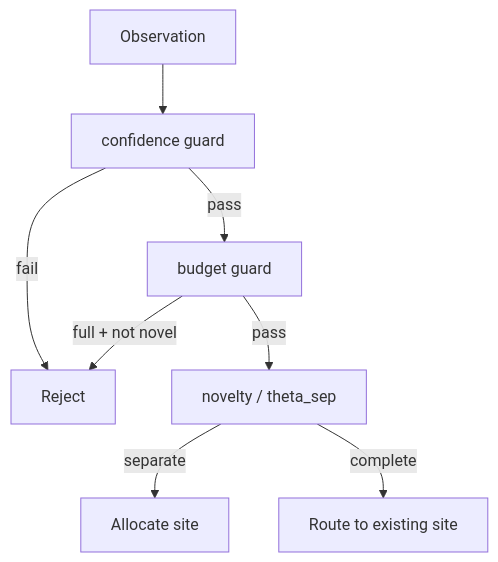
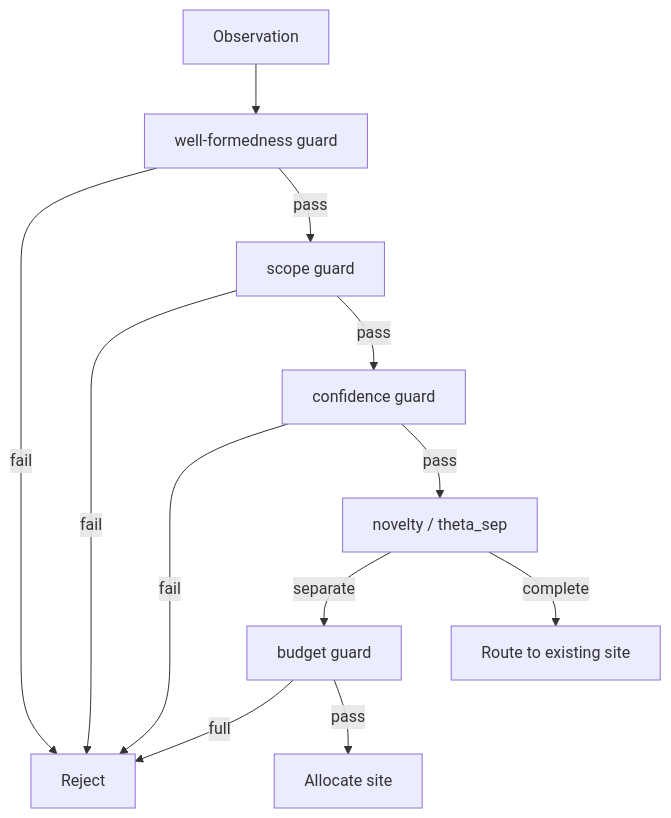
One commit to INONONO66/anamnesis changed the diagram in docs/04-cognitive-dynamics/perception.md. Above: the diagram before and after it, drawn with Mermaid. The commit also changed other lines of this file and 20 other files, not shown here.

````diff
--- a/docs/04-cognitive-dynamics/perception.md
+++ b/docs/04-cognitive-dynamics/perception.md
@@ -36,10 +40,14 @@
 ```mermaid
 flowchart TB
-    obs["Observation"] --> confidence["confidence guard"]
-    confidence -->|fail| reject["Reject"]
-    confidence -->|pass| budget["budget guard"]
-    budget -->|full + not novel| reject
-    budget -->|pass| novelty["novelty / theta_sep"]
-    novelty -->|separate| allocate["Allocate site"]
+    obs["Observation"] --> wellformed["well-formedness guard"]
+    wellformed -->|fail| reject["Reject"]
+    wellformed -->|pass| scope["scope guard"]
+    scope -->|fail| reject
+    scope -->|pass| confidence["confidence guard"]
+    confidence -->|fail| reject
+    confidence -->|pass| novelty["novelty / theta_sep"]
+    novelty -->|separate| budget["budget guard"]
+    budget -->|full| reject
+    budget -->|pass| allocate["Allocate site"]
     novelty -->|complete| route["Route to existing site"]
 ```
````
